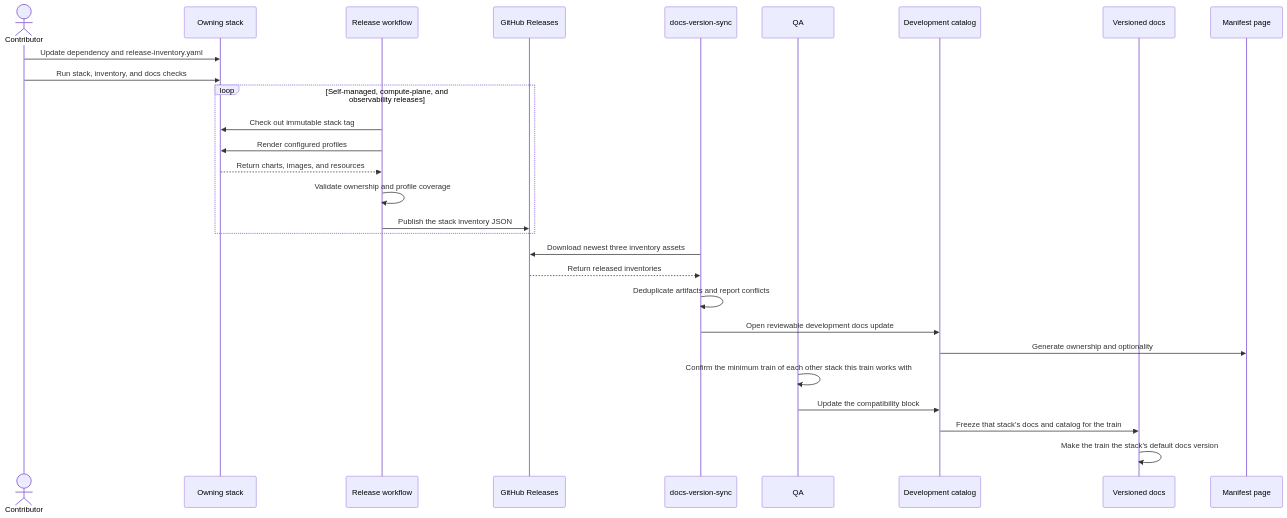
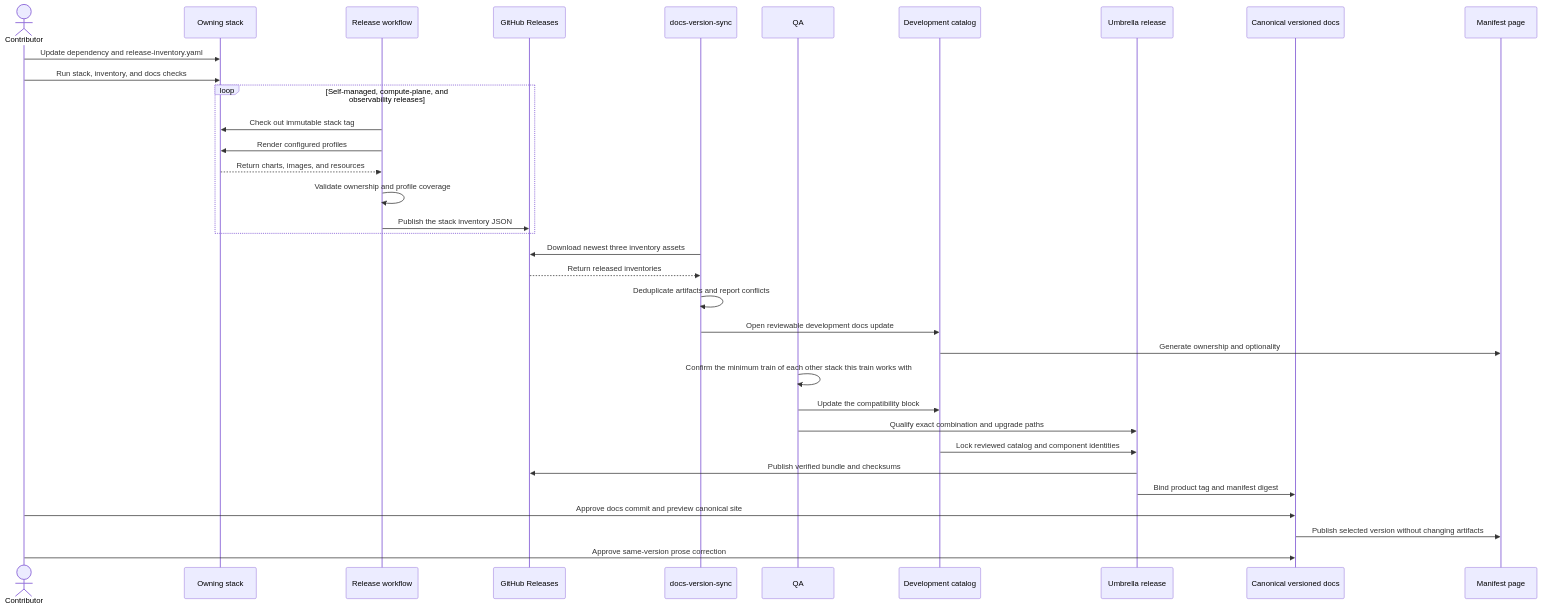
One commit to NVIDIA/nvcf changed the diagram in deploy/stacks/INVENTORY.md. Above: the diagram before and after it, drawn with Mermaid. The commit also changed other lines of this file and 9 other files, not shown here.

First line of the commit message:
docs(release): prepare umbrella cutover and rollback procedure

````diff
--- a/deploy/stacks/INVENTORY.md
+++ b/deploy/stacks/INVENTORY.md
@@ -51,34 +53,40 @@
 ```mermaid
 sequenceDiagram
     actor Contributor
     participant Stack as Owning stack
     participant Release as Release workflow
     participant Assets as GitHub Releases
     participant Sync as docs-version-sync
     participant QA
     participant Catalog as Development catalog
-    participant Stable as Versioned docs
+    participant Product as Umbrella release
+    participant Stable as Canonical versioned docs
     participant Manifest as Manifest page
 
     Contributor->>Stack: Update dependency and release-inventory.yaml
     Contributor->>Stack: Run stack, inventory, and docs checks
 
     loop Self-managed, compute-plane, and observability releases
         Release->>Stack: Check out immutable stack tag
         Release->>Stack: Render configured profiles
         Stack-->>Release: Return charts, images, and resources
         Release->>Release: Validate ownership and profile coverage
         Release->>Assets: Publish the stack inventory JSON
     end
 
     Sync->>Assets: Download newest three inventory assets
     Assets-->>Sync: Return released inventories
     Sync->>Sync: Deduplicate artifacts and report conflicts
     Sync->>Catalog: Open reviewable development docs update
     Catalog->>Manifest: Generate ownership and optionality
 
     QA->>QA: Confirm the minimum train of each other stack this train works with
     QA->>Catalog: Update the compatibility block
-    Catalog->>Stable: Freeze that stack's docs and catalog for the train
-    Stable->>Stable: Make the train the stack's default docs version
+    QA->>Product: Qualify exact combination and upgrade paths
+    Catalog->>Product: Lock reviewed catalog and component identities
+    Product->>Assets: Publish verified bundle and checksums
+    Product->>Stable: Bind product tag and manifest digest
+    Contributor->>Stable: Approve docs commit and preview canonical site
+    Stable->>Manifest: Publish selected version without changing artifacts
+    Contributor->>Stable: Approve same-version prose correction
 ```
````
